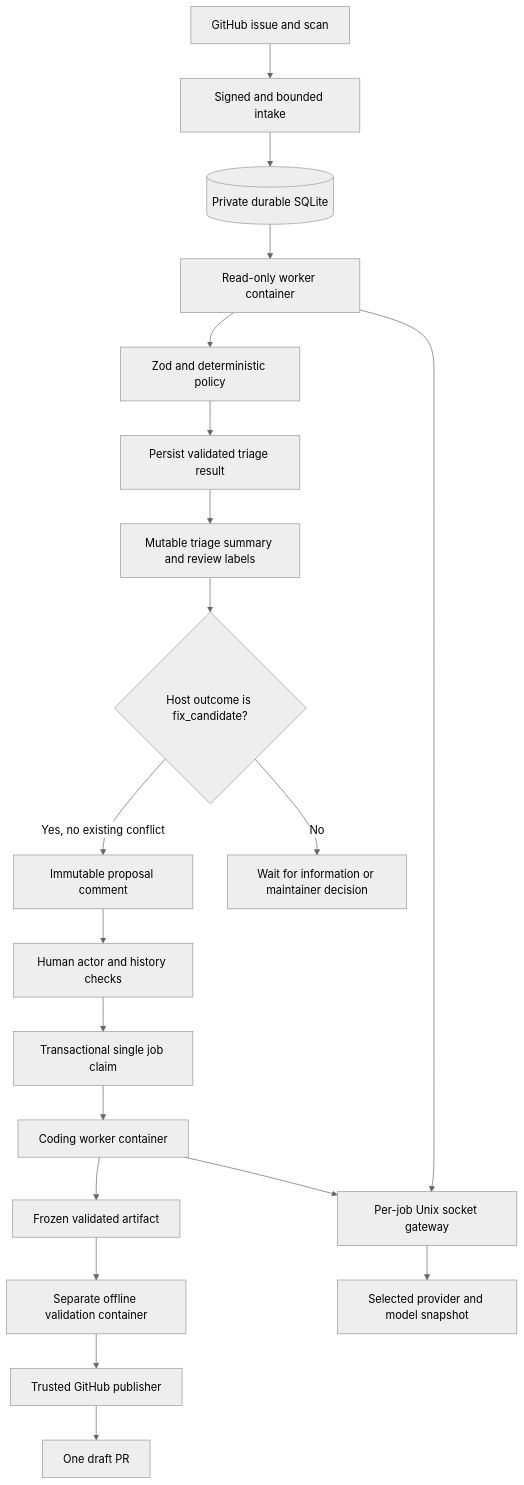
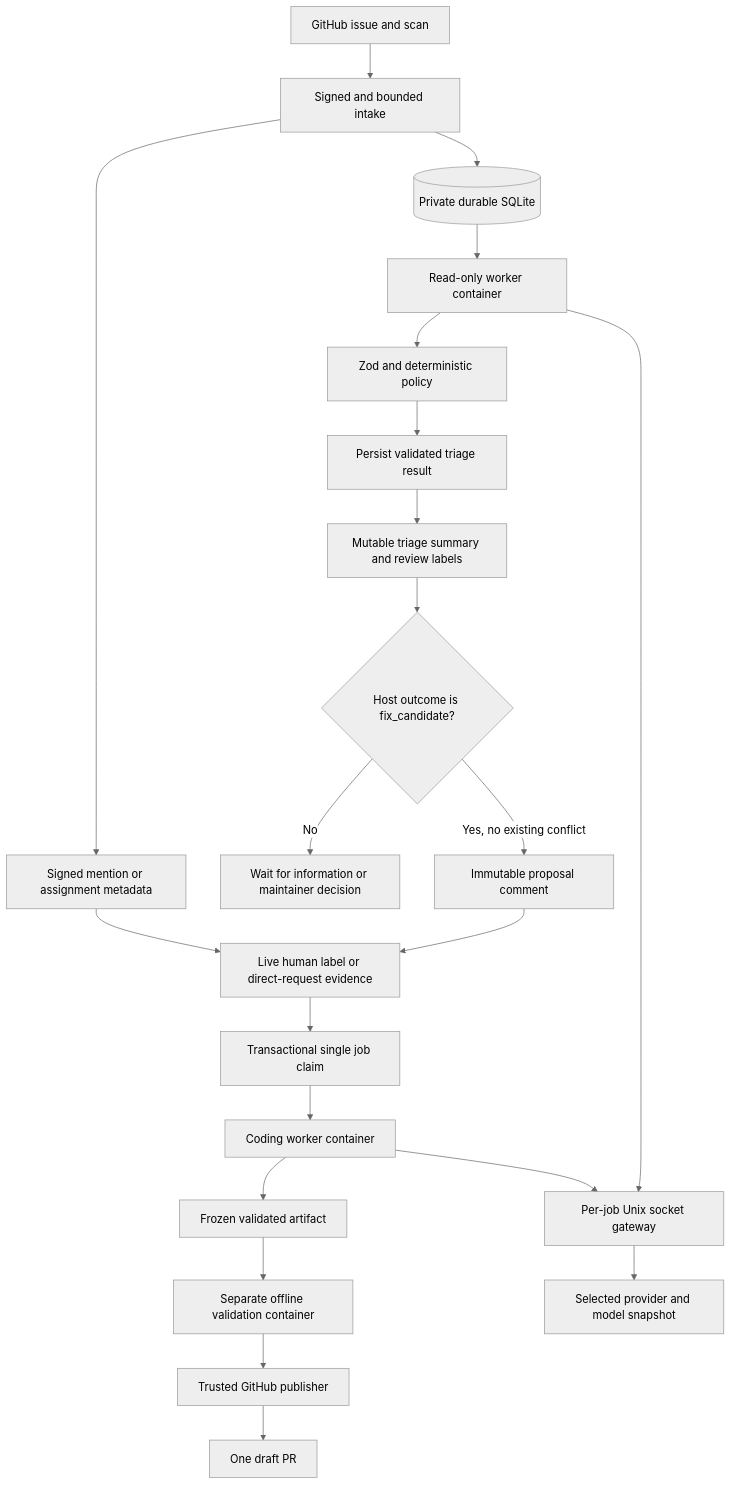
Before and after one commit to narumiruna/reina: the diagram in docs/architecture.md, drawn with Mermaid (neutral theme). The commit also changed other lines of this file and 27 other files, not shown here.

````diff
--- a/docs/architecture.md
+++ b/docs/architecture.md
@@ -85,22 +85,24 @@
 ```mermaid
 flowchart TD
   GitHub[GitHub issue and scan] --> Intake[Signed and bounded intake]
   Intake --> State[(Private durable SQLite)]
   State --> Triage[Read-only worker container]
   Triage --> Policy[Zod and deterministic policy]
   Policy --> Review[Persist validated triage result]
   Review --> Summary[Mutable triage summary and review labels]
   Summary --> Candidate{Host outcome is fix_candidate?}
   Candidate -->|Yes, no existing conflict| Proposal[Immutable proposal comment]
   Candidate -->|No| Wait[Wait for information or maintainer decision]
-  Proposal --> Approval[Human actor and history checks]
+  Proposal --> Approval[Live human label or direct-request evidence]
+  Intake --> Request[Signed mention or assignment metadata]
+  Request --> Approval
   Approval --> Claim[Transactional single job claim]
   Claim --> Coding[Coding worker container]
   Coding --> Frozen[Frozen validated artifact]
   Frozen --> Checks[Separate offline validation container]
   Checks --> Publish[Trusted GitHub publisher]
   Publish --> Draft[One draft PR]
   Triage --> Socket[Per-job Unix socket gateway]
   Coding --> Socket
   Socket --> Provider[Selected provider and model snapshot]
 ```
````
